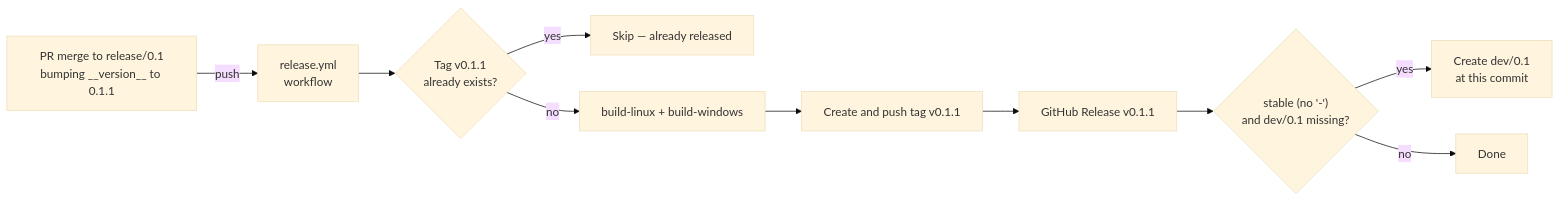
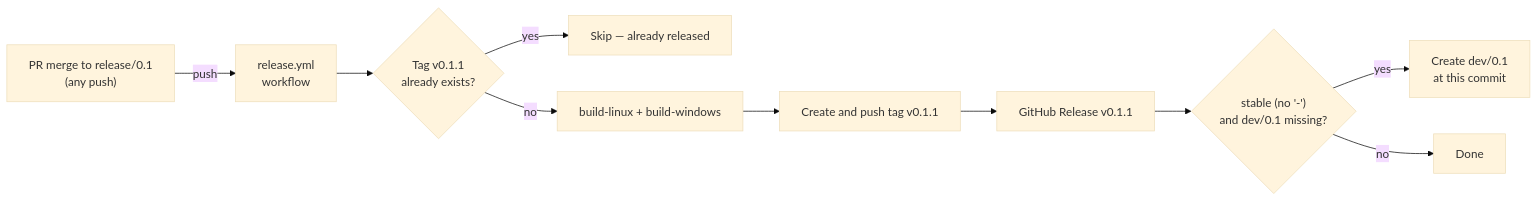
The third of 6 diagrams in contributing.md (mtconnect/MTConnectExplorer), drawn with Mermaid (base theme) before and after one commit. The commit also changed other lines of this file and 85 other files, not shown here.

````diff
--- a/contributing.md
+++ b/contributing.md
@@ -83,12 +98,12 @@
 ```mermaid
 flowchart LR
-    A["PR merge to release/0.1<br/>bumping __version__ to 0.1.1"] -->|push| B["release.yml<br/>workflow"]
+    A["PR merge to release/0.1<br/>(any push)"] -->|push| B["release.yml<br/>workflow"]
     B --> C{"Tag v0.1.1<br/>already exists?"}
     C -->|yes| Skip["Skip — already released"]
     C -->|no| D["build-linux + build-windows"]
     D --> E["Create and push tag v0.1.1"]
     E --> F["GitHub Release v0.1.1"]
     F --> G{"stable (no '-')<br/>and dev/0.1 missing?"}
     G -->|yes| H["Create dev/0.1<br/>at this commit"]
     G -->|no| Done["Done"]
 ```
````
